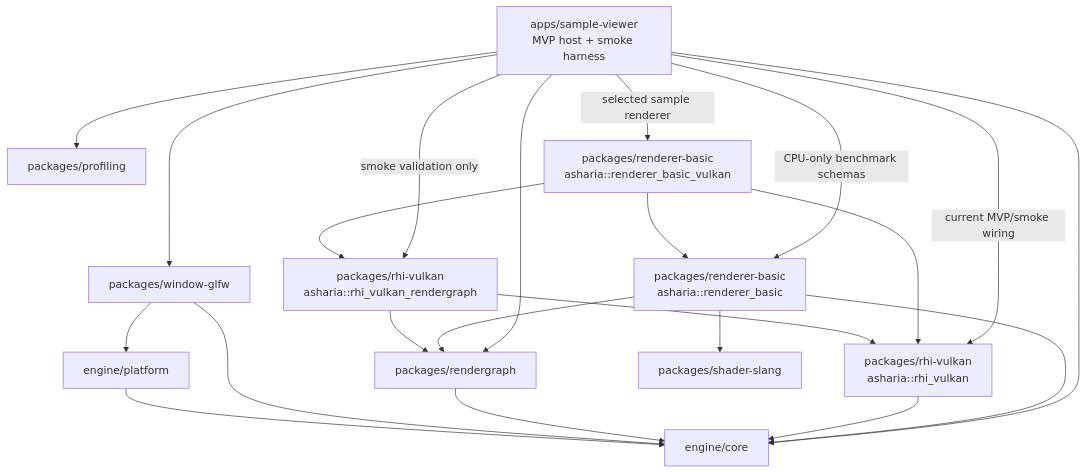
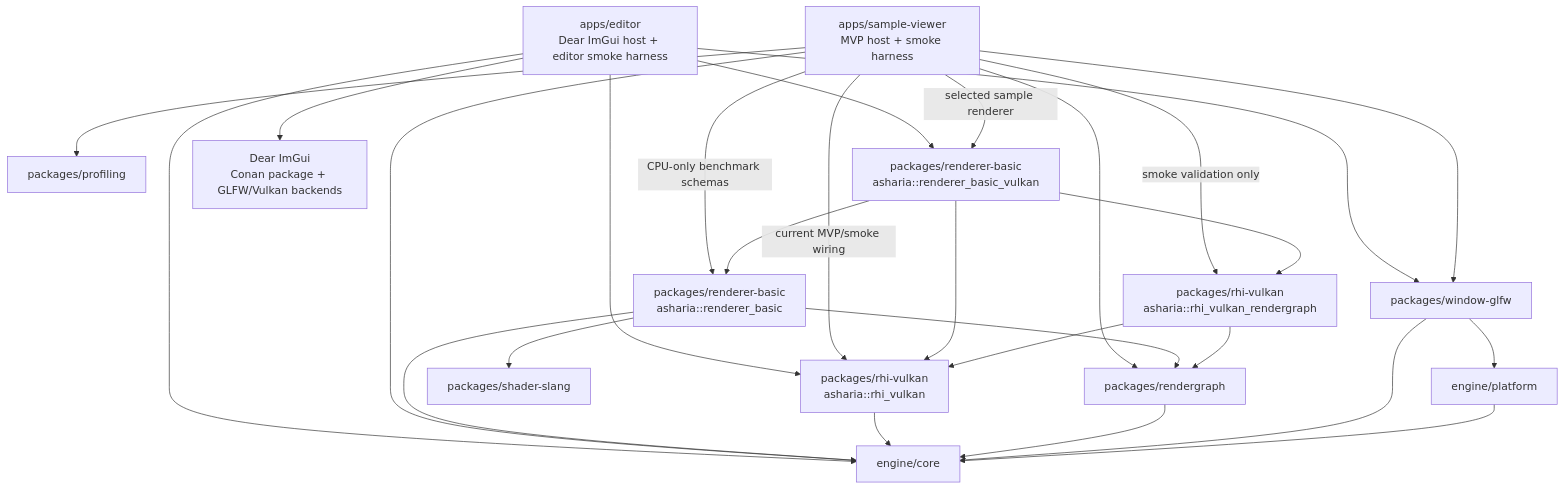
Before and after one commit to 66six11/Engine: the first of 15 diagrams in docs/architecture/flow.md, drawn with Mermaid. The commit also changed other lines of this file and 16 other files, not shown here.

````diff
--- a/docs/architecture/flow.md
+++ b/docs/architecture/flow.md
@@ -13,36 +13,43 @@
 ```mermaid
 flowchart TD
     App["apps/sample-viewer<br/>MVP host + smoke harness"]
+    EditorApp["apps/editor<br/>Dear ImGui host + editor smoke harness"]
     Core["engine/core"]
     Platform["engine/platform"]
     Window["packages/window-glfw"]
     Profiling["packages/profiling"]
     RG["packages/rendergraph"]
     RhiVk["packages/rhi-vulkan<br/>asharia::rhi_vulkan"]
     RhiVkRG["packages/rhi-vulkan<br/>asharia::rhi_vulkan_rendergraph"]
     Renderer["packages/renderer-basic<br/>asharia::renderer_basic"]
     RendererVk["packages/renderer-basic<br/>asharia::renderer_basic_vulkan"]
     Shader["packages/shader-slang"]
+    ImGui["Dear ImGui<br/>Conan package + GLFW/Vulkan backends"]
 
     Platform --> Core
     Window --> Core
     Window --> Platform
     RG --> Core
     RhiVk --> Core
     RhiVkRG --> RhiVk
     RhiVkRG --> RG
     Renderer --> Core
     Renderer --> RG
     Renderer --> Shader
     RendererVk --> Renderer
     RendererVk --> RhiVk
     RendererVk --> RhiVkRG
     App --> Core
     App --> Profiling
     App --> Window
     App --> RG
     App -->|current MVP/smoke wiring| RhiVk
     App -->|smoke validation only| RhiVkRG
     App -->|CPU-only benchmark schemas| Renderer
     App -->|selected sample renderer| RendererVk
+    EditorApp --> Core
+    EditorApp --> Window
+    EditorApp --> RhiVk
+    EditorApp --> RendererVk
+    EditorApp --> ImGui
 ```
````
